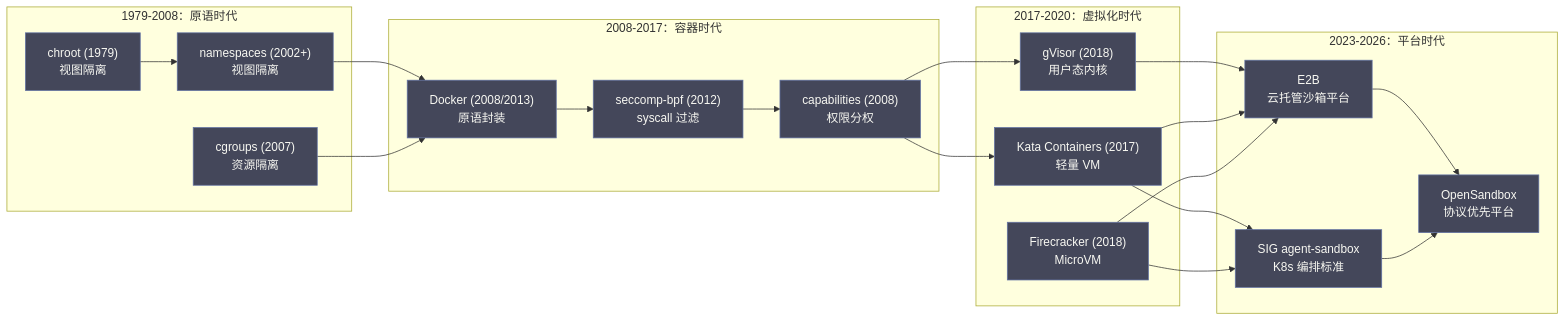
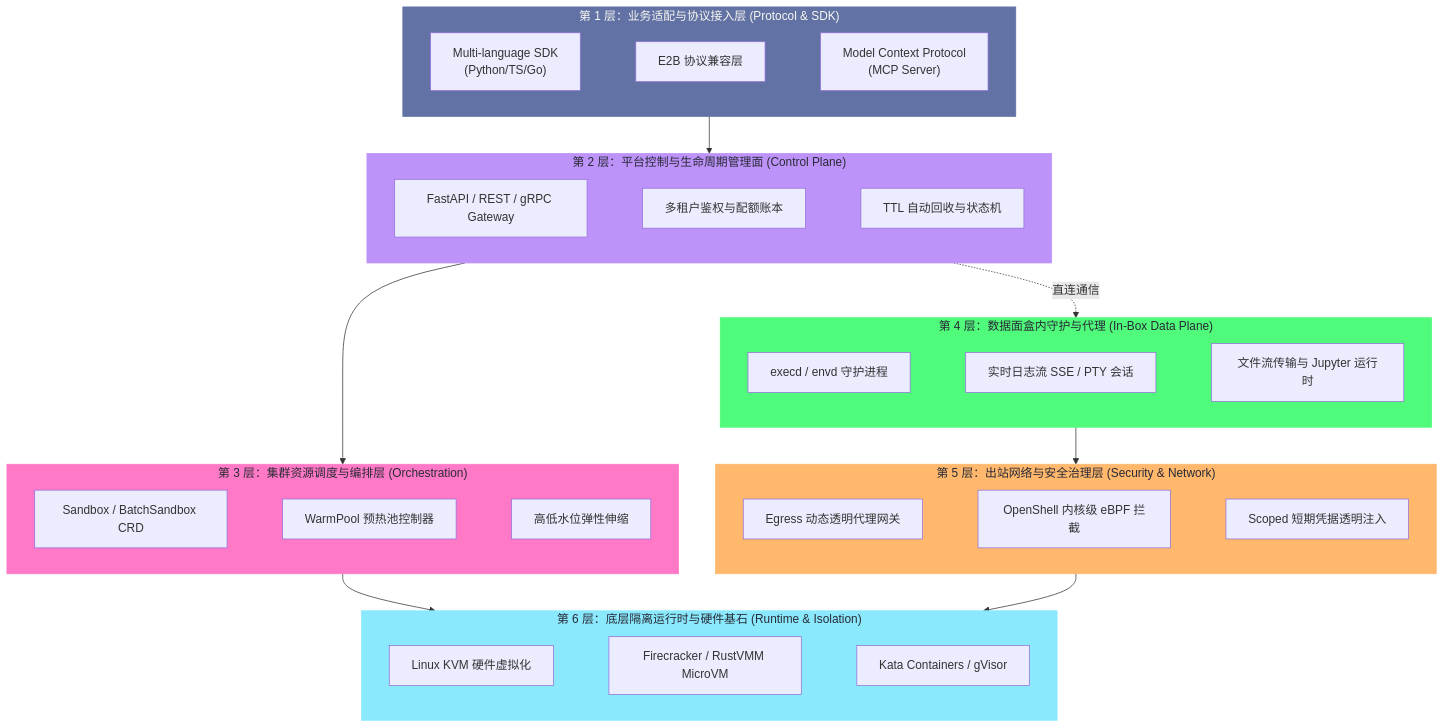
One commit to hpliStartAgain/my-brain changed the fifth of 8 diagrams in content/LLM/Agent沙箱技术/01 Agent 沙箱全景——威胁模型、六层技术栈与逻辑演进.md. Above: the diagram before and after it, drawn with Mermaid. The commit also changed other lines of this file and 17 other files, not shown here.

````diff
--- a/content/LLM/Agent沙箱技术/01 Agent 沙箱全景——威胁模型、六层技术栈与逻辑演进.md
+++ b/content/LLM/Agent沙箱技术/01 Agent 沙箱全景——威胁模型、六层技术栈与逻辑演进.md
@@ -311,47 +282,54 @@
 ```mermaid
-%%{init: {'theme': 'dracula', 'themeVariables': {'primaryColor': '#6272a4', 'primaryTextColor': '#f8f8f2', 'primaryBorderColor': '#bd93f9', 'lineColor': '#ff79c6', 'secondaryColor': '#44475a', 'tertiaryColor': '#282a36'}}%%
-graph LR
-    subgraph "1979-2008：原语时代"
-        A["chroot (1979)<br/>视图隔离"]
-        B["namespaces (2002+)<br/>视图隔离"]
-        C["cgroups (2007)<br/>资源隔离"]
+%%{init: {'theme': 'dracula'}}%%
+graph TD
+    subgraph L1["第 1 层：业务适配与协议接入层 (Protocol & SDK)"]
+        direction LR
+        SDK["Multi-language SDK<br/>(Python/TS/Go)"] ~~~ E2BProto["E2B 协议兼容层"] ~~~ MCP["Model Context Protocol<br/>(MCP Server)"]
     end
 
-    subgraph "2008-2017：容器时代"
-        D["Docker (2008/2013)<br/>原语封装"]
-        E["seccomp-bpf (2012)<br/>syscall 过滤"]
-        F["capabilities (2008)<br/>权限分权"]
+    subgraph L2["第 2 层：平台控制与生命周期管理面 (Control Plane)"]
+        direction LR
+        APIGW["FastAPI / REST / gRPC Gateway"] ~~~ Tenant["多租户鉴权与配额账本"] ~~~ TTL["TTL 自动回收与状态机"]
     end
 
-    subgraph "2017-2020：虚拟化时代"
-        G["gVisor (2018)<br/>用户态内核"]
-        H["Kata Containers (2017)<br/>轻量 VM"]
-        I["Firecracker (2018)<br/>MicroVM"]
+    subgraph L3["第 3 层：集群资源调度与编排层 (Orchestration)"]
+        direction LR
+        K8sCRD["Sandbox / BatchSandbox CRD"] ~~~ WarmPoolCtrl["WarmPool 预热池控制器"] ~~~ Autoscaler["高低水位弹性伸缩"]
     end
 
-    subgraph "2023-2026：平台时代"
-        J["E2B<br/>云托管沙箱平台"]
-        K["SIG agent-sandbox<br/>K8s 编排标准"]
-        L["OpenSandbox<br/>协议优先平台"]
+    subgraph L4["第 4 层：数据面盒内守护与代理 (In-Box Data Plane)"]
+        direction LR
+        Execd["execd / envd 守护进程"] ~~~ SSE["实时日志流 SSE / PTY 会话"] ~~~ FSOp["文件流传输与 Jupyter 运行时"]
     end
 
-    A --> B --> D
-    C --> D
-    D --> E
-    E --> F
-    F --> G
-    G --> J
-    H --> J
-    I --> J
-    J --> L
-    F --> H
-    H --> K
-    K --> L
-    I --> K
+    subgraph L5["第 5 层：出站网络与安全治理层 (Security & Network)"]
+        direction LR
+        EgressProxy["Egress 动态透明代理网关"] ~~~ KernelEnforce["OpenShell 内核级 eBPF 拦截"] ~~~ TokenInject["Scoped 短期凭据透明注入"]
+    end
 
-    classDef era fill:#282a36,stroke:#bd93f9,color:#f8f8f2
-    classDef item fill:#44475a,stroke:#6272a4,color:#f8f8f2
-    class A,B,C,D,E,F,G,H,I,J,K,L item
-    class G,H,I fill:#6272a4,stroke:#ff79c6,color:#f8f8f2
-    class J,K,L fill:#bd93f9,stroke:#bd93f9,color:#282a36
+    subgraph L6["第 6 层：底层隔离运行时与硬件基石 (Runtime & Isolation)"]
+        direction LR
+        KVM["Linux KVM 硬件虚拟化"] ~~~ MicroVM["Firecracker / RustVMM MicroVM"] ~~~ KataGVisor["Kata Containers / gVisor"]
+    end
+
+    L1 --> L2
+    L2 --> L3
+    L3 --> L6
+    L2 -. "直连通信" .-> L4
+    L4 --> L5
+    L5 --> L6
+
+    classDef l1 fill:#6272a4,stroke:#6272a4,color:#f8f8f2;
+    classDef l2 fill:#bd93f9,stroke:#bd93f9,color:#282a36;
+    classDef l3 fill:#ff79c6,stroke:#ff79c6,color:#282a36;
+    classDef l4 fill:#50fa7b,stroke:#50fa7b,color:#282a36;
+    classDef l5 fill:#ffb86c,stroke:#ffb86c,color:#282a36;
+    classDef l6 fill:#8be9fd,stroke:#8be9fd,color:#282a36;
+
+    class L1 l1;
+    class L2 l2;
+    class L3 l3;
+    class L4 l4;
+    class L5 l5;
+    class L6 l6;
 ```
````
